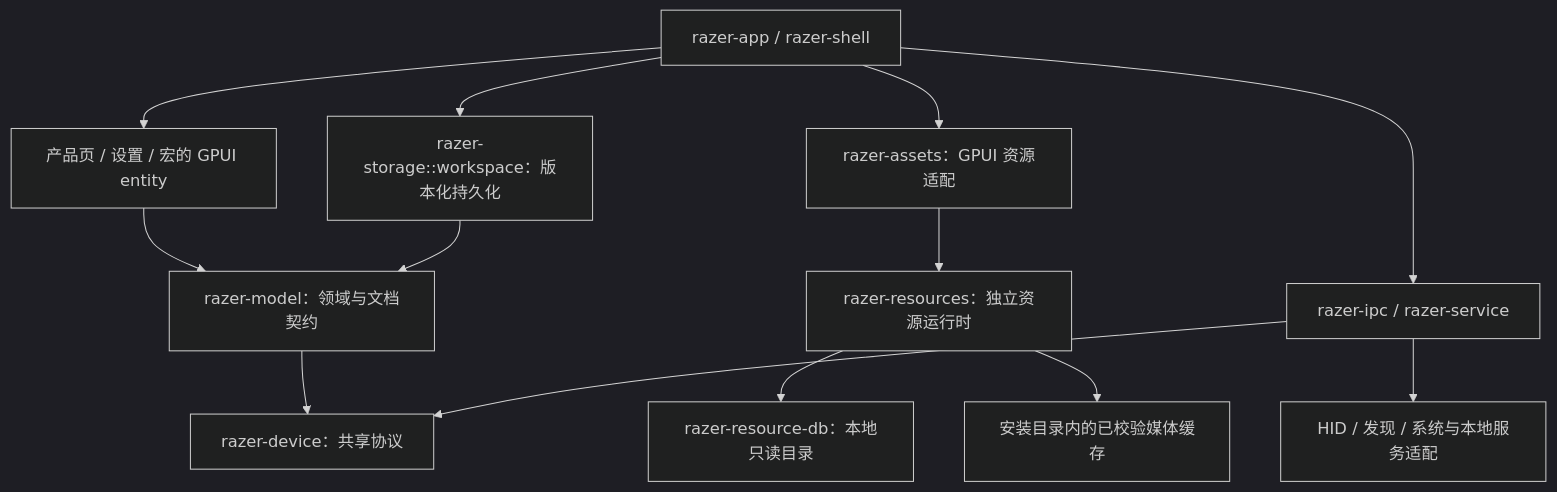
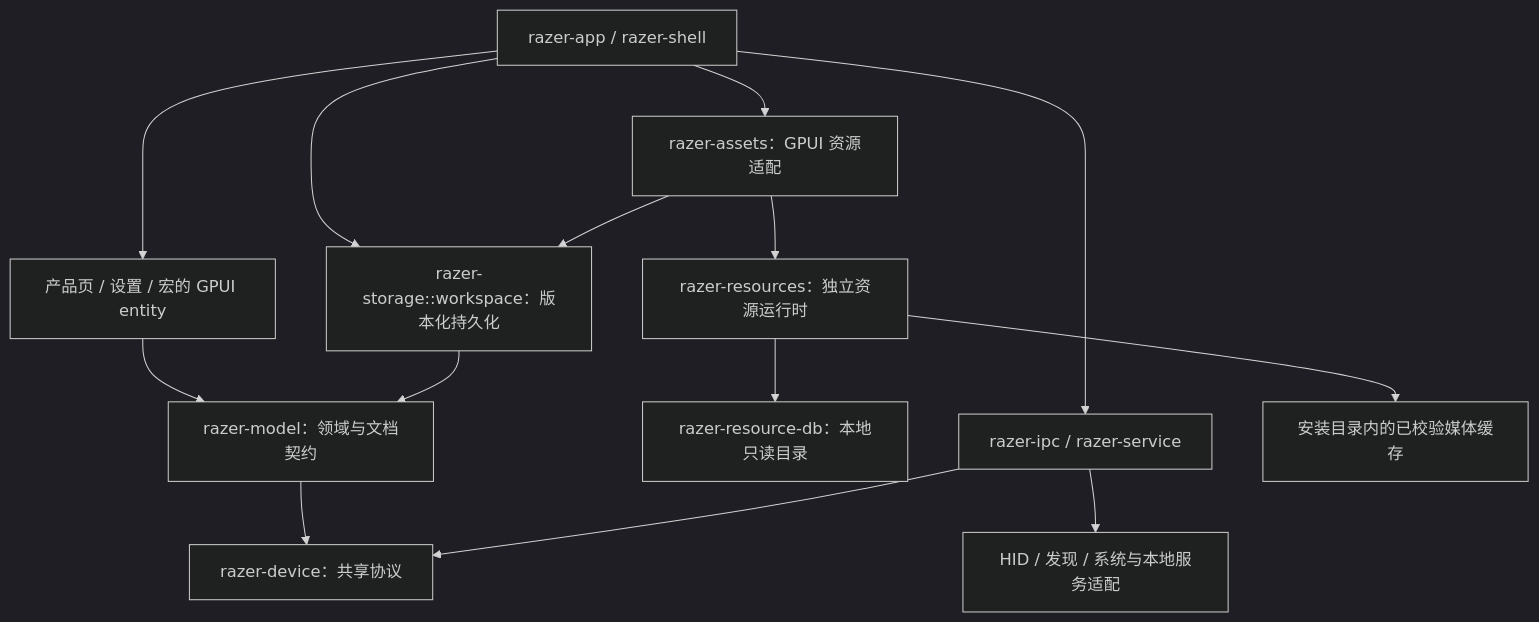
Before and after one commit to han1548772930/razer_ui: the diagram in docs/re/architecture.md, drawn with Mermaid (dark theme). The commit also changed other lines of this file and 583 other files, not shown here.

````diff
--- a/docs/re/architecture.md
+++ b/docs/re/architecture.md
@@ -29,26 +29,27 @@
 ```mermaid
 flowchart TB
     app[razer-app / razer-shell]
     pages[产品页 / 设置 / 宏的 GPUI entity]
     model[razer-model：领域与文档契约]
     storage[razer-storage::workspace：版本化持久化]
     assets[razer-assets：GPUI 资源适配]
     resources[razer-resources：独立资源运行时]
     database[razer-resource-db：本地只读目录]
     ipc[razer-ipc / razer-service]
     protocol[razer-device：共享协议]
     platform[HID / 发现 / 系统与本地服务适配]
     cache[安装目录内的已校验媒体缓存]
     app --> pages
     app --> storage
     app --> assets
     app --> ipc
     pages --> model
     storage --> model
     model --> protocol
     assets --> resources
+    assets --> storage
     resources --> database
     resources --> cache
     ipc --> protocol
     ipc --> platform
 ```
````
